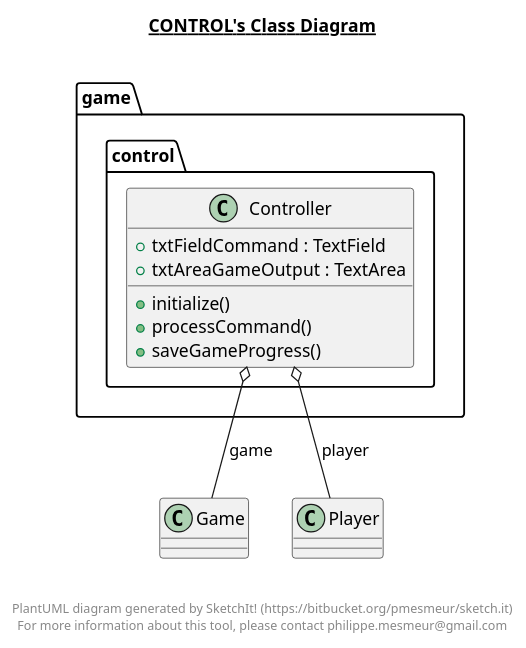
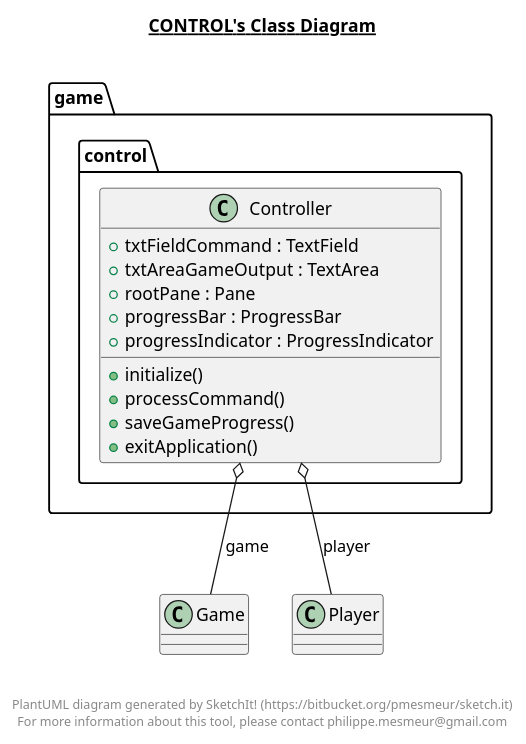
Before and after one commit to rflorian2017/TextAdventureGame: the diagram in src/game/control/control.plantuml, drawn with PlantUML. The commit also changed 6 other files, not shown here.

```diff
--- a/src/game/control/control.plantuml
+++ b/src/game/control/control.plantuml
@@ -1,29 +1,33 @@
 @startuml
 
 title __CONTROL's Class Diagram__\n
 
   package game {
     package game.control {
       class Controller {
           + txtFieldCommand : TextField
           + txtAreaGameOutput : TextArea
+          + rootPane : Pane
+          + progressBar : ProgressBar
+          + progressIndicator : ProgressIndicator
           + initialize()
           + processCommand()
           + saveGameProgress()
+          + exitApplication()
       }
     }
   }
   
 
   Controller o-- Game : game
   Controller o-- Player : player
 
 
 right footer
 
 
 PlantUML diagram generated by SketchIt! (https://bitbucket.org/pmesmeur/sketch.it)
 For more information about this tool, please contact philippe.mesmeur@gmail.com
 endfooter
 
 @enduml
```
